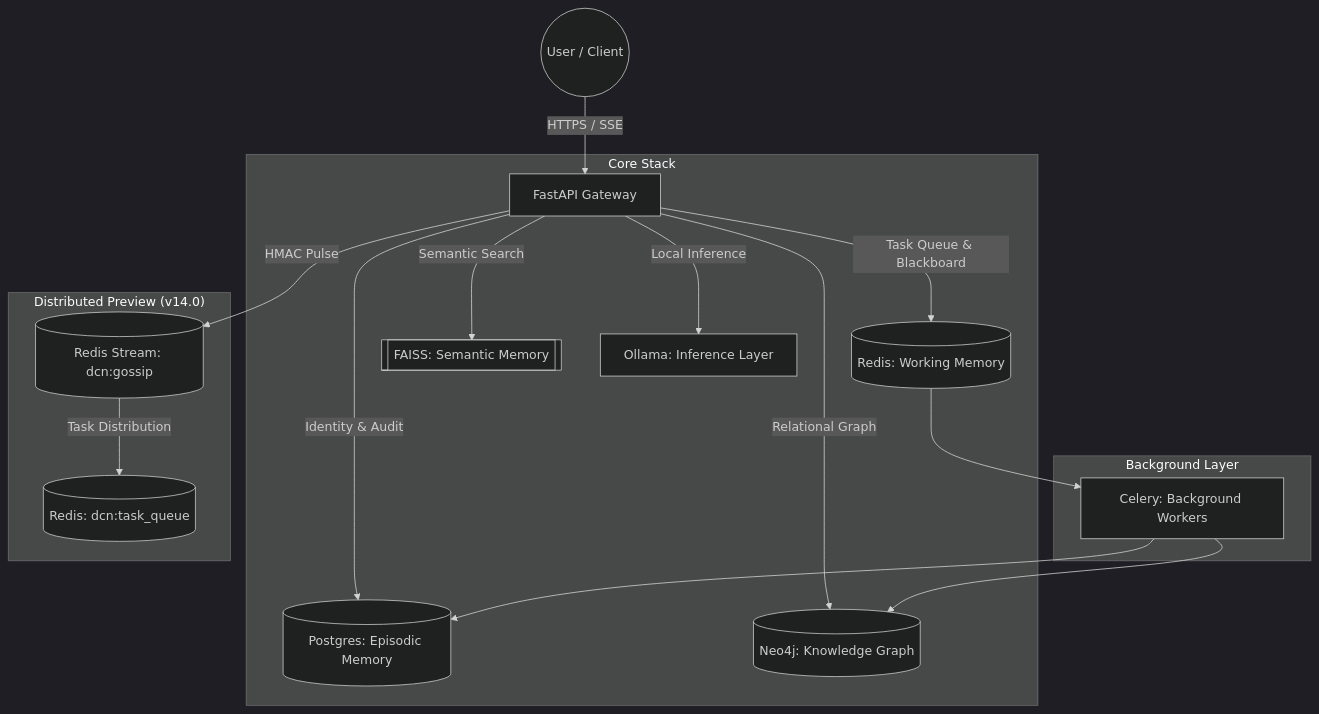
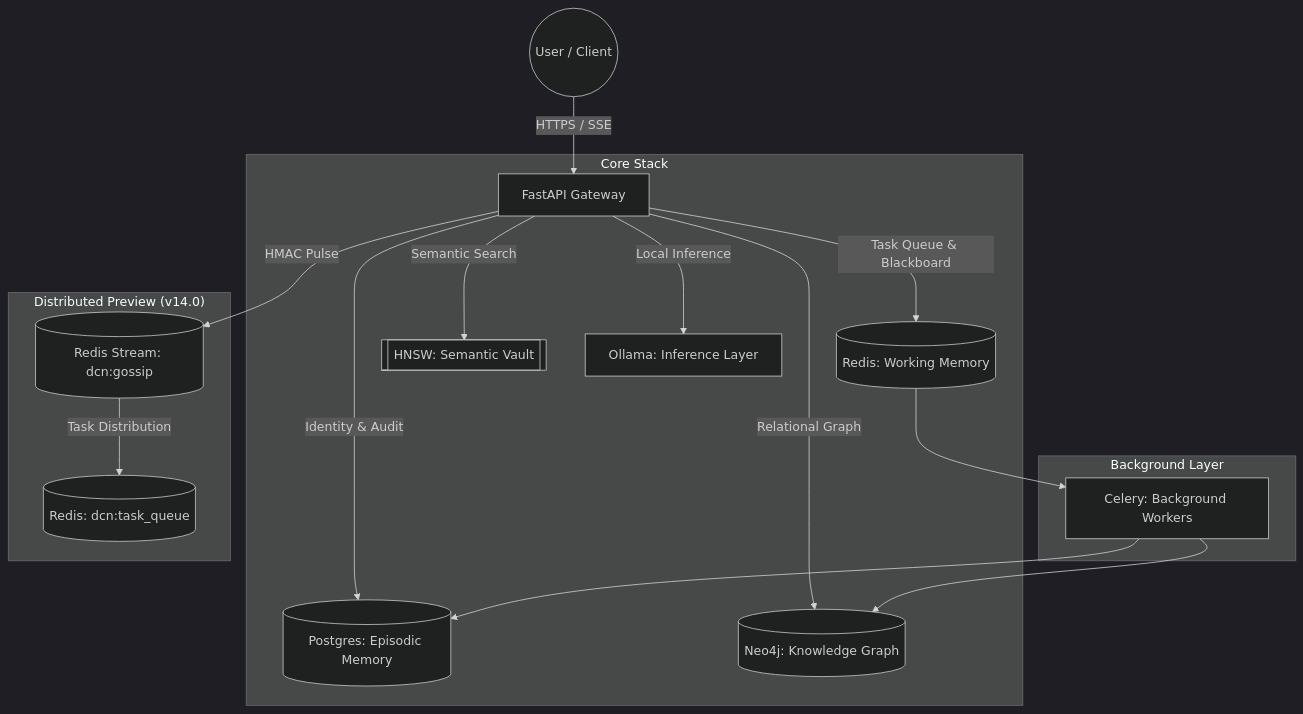
The diagram in docs/DEPLOYMENT.md (Blackdrg/levi-ai-innovate), drawn with Mermaid (dark theme) before and after one commit. The commit also changed other lines of this file and 151 other files, not shown here.

````diff
--- a/docs/DEPLOYMENT.md
+++ b/docs/DEPLOYMENT.md
@@ -10,23 +10,23 @@
 ```mermaid
 graph TD
     User((User / Client)) -->|HTTPS / SSE| Gateway[FastAPI Gateway]
 
     subgraph "Core Stack"
         Gateway -->|Identity & Audit| Postgres[(Postgres: Episodic Memory)]
         Gateway -->|Task Queue & Blackboard| Redis[(Redis: Working Memory)]
         Gateway -->|Relational Graph| Neo4j[(Neo4j: Knowledge Graph)]
-        Gateway -->|Semantic Search| FAISS[[FAISS: Semantic Memory]]
+        Gateway -->|Semantic Search| HNSW[[HNSW: Semantic Vault]]
         Gateway -->|Local Inference| Ollama[Ollama: Inference Layer]
     end
     
     subgraph "Background Layer"
         Redis --> Worker[Celery: Background Workers]
         Worker --> Postgres
         Worker --> Neo4j
     end
     
     subgraph "Distributed Preview (v14.0)"
         Gateway -->|HMAC Pulse| GossipStream[(Redis Stream: dcn:gossip)]
         GossipStream -->|Task Distribution| TaskQueue[(Redis: dcn:task_queue)]
     end
 ```
````
